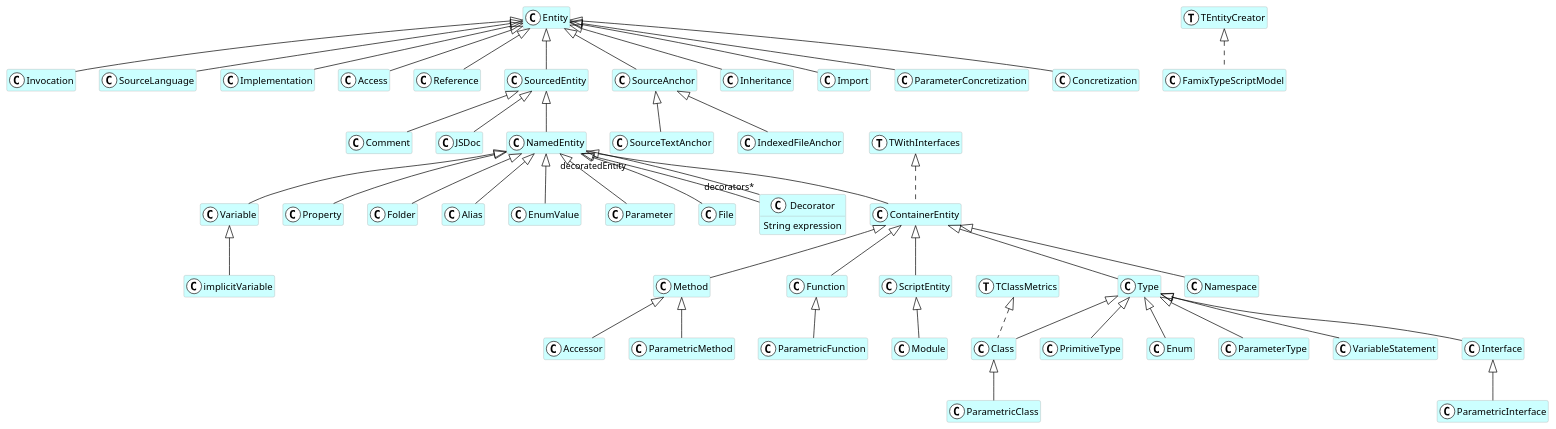
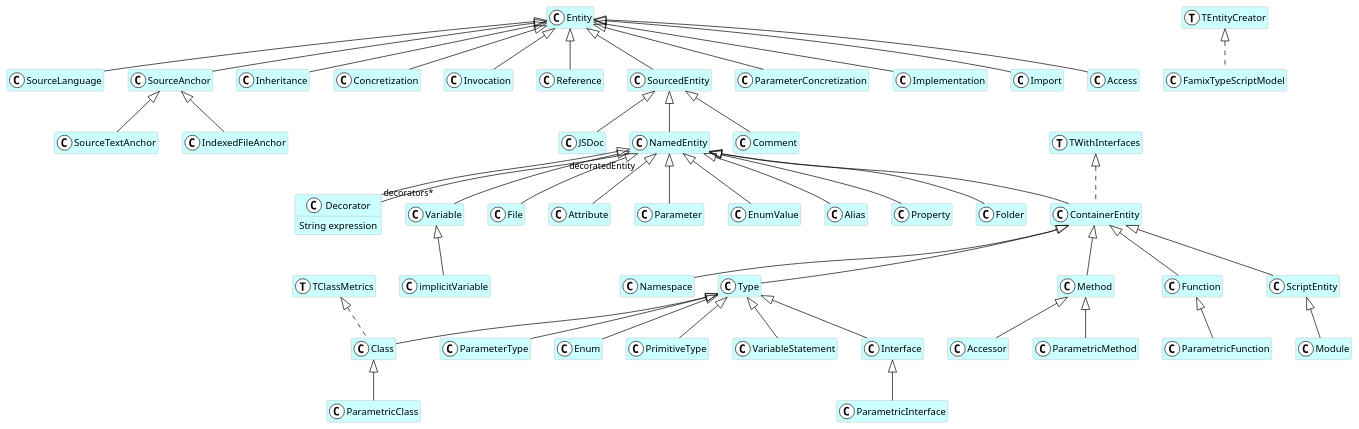
Before and after one commit to fuhrmanator/FamixTypeScript: the diagram in doc-uml/FamixTypeScript.puml, drawn with PlantUML. The commit also changed 3 other files, not shown here.

```diff
--- a/doc-uml/FamixTypeScript.puml
+++ b/doc-uml/FamixTypeScript.puml
@@ -1,152 +1,155 @@
 @startuml
 hide empty members
 skinparam class {
   BackgroundColor white
   ArrowColor black
   BorderColor darkGray
 }
+class Namespace <<(C,white)>> #CCFFFF {
+}
 class SourceTextAnchor <<(C,white)>> #CCFFFF {
 }
-class PrimitiveType <<(C,white)>> #CCFFFF {
-}
-class Accessor <<(C,white)>> #CCFFFF {
-}
-class Type <<(C,white)>> #CCFFFF {
-}
-class IndexedFileAnchor <<(C,white)>> #CCFFFF {
-}
-class Entity <<(C,white)>> #CCFFFF {
-}
-class Invocation <<(C,white)>> #CCFFFF {
-}
-class TClassMetrics <<(T,white)>> #CCFFFF {
-}
-class Enum <<(C,white)>> #CCFFFF {
-}
-class Variable <<(C,white)>> #CCFFFF {
-}
-class ParametricInterface <<(C,white)>> #CCFFFF {
-}
-class Property <<(C,white)>> #CCFFFF {
-}
-class ParametricClass <<(C,white)>> #CCFFFF {
-}
-class Namespace <<(C,white)>> #CCFFFF {
-}
-class Method <<(C,white)>> #CCFFFF {
-}
-class ContainerEntity <<(C,white)>> #CCFFFF {
-}
-class Comment <<(C,white)>> #CCFFFF {
-}
-class FamixTypeScriptModel <<(C,white)>> #CCFFFF {
-}
-class Folder <<(C,white)>> #CCFFFF {
-}
-class ParameterType <<(C,white)>> #CCFFFF {
-}
-class TEntityCreator <<(T,white)>> #CCFFFF {
-}
-class SourceLanguage <<(C,white)>> #CCFFFF {
-}
-class Implementation <<(C,white)>> #CCFFFF {
-}
-class ParametricFunction <<(C,white)>> #CCFFFF {
-}
-class Access <<(C,white)>> #CCFFFF {
-}
-class Alias <<(C,white)>> #CCFFFF {
-}
-class TWithInterfaces <<(T,white)>> #CCFFFF {
-}
-class ParametricMethod <<(C,white)>> #CCFFFF {
-}
 class Class <<(C,white)>> #CCFFFF {
-}
-class implicitVariable <<(C,white)>> #CCFFFF {
-}
-class Reference <<(C,white)>> #CCFFFF {
-}
-class Function <<(C,white)>> #CCFFFF {
-}
-class SourcedEntity <<(C,white)>> #CCFFFF {
-}
-class ScriptEntity <<(C,white)>> #CCFFFF {
 }
 class Decorator <<(C,white)>> #CCFFFF {
   String expression
 }
+class ParameterType <<(C,white)>> #CCFFFF {
+}
+class Variable <<(C,white)>> #CCFFFF {
+}
+class File <<(C,white)>> #CCFFFF {
+}
+class JSDoc <<(C,white)>> #CCFFFF {
+}
+class ParametricInterface <<(C,white)>> #CCFFFF {
+}
+class ParametricFunction <<(C,white)>> #CCFFFF {
+}
+class SourceLanguage <<(C,white)>> #CCFFFF {
+}
+class Attribute <<(C,white)>> #CCFFFF {
+}
+class Type <<(C,white)>> #CCFFFF {
+}
 class SourceAnchor <<(C,white)>> #CCFFFF {
+}
+class Inheritance <<(C,white)>> #CCFFFF {
+}
+class Entity <<(C,white)>> #CCFFFF {
+}
+class IndexedFileAnchor <<(C,white)>> #CCFFFF {
+}
+class Concretization <<(C,white)>> #CCFFFF {
 }
 class Module <<(C,white)>> #CCFFFF {
 }
-class EnumValue <<(C,white)>> #CCFFFF {
+class NamedEntity <<(C,white)>> #CCFFFF {
 }
-class Inheritance <<(C,white)>> #CCFFFF {
+class ContainerEntity <<(C,white)>> #CCFFFF {
 }
-class JSDoc <<(C,white)>> #CCFFFF {
+class Accessor <<(C,white)>> #CCFFFF {
+}
+class Invocation <<(C,white)>> #CCFFFF {
+}
+class Reference <<(C,white)>> #CCFFFF {
+}
+class Parameter <<(C,white)>> #CCFFFF {
+}
+class SourcedEntity <<(C,white)>> #CCFFFF {
+}
+class ParameterConcretization <<(C,white)>> #CCFFFF {
+}
+class Implementation <<(C,white)>> #CCFFFF {
+}
+class TEntityCreator <<(T,white)>> #CCFFFF {
+}
+class FamixTypeScriptModel <<(C,white)>> #CCFFFF {
 }
 class Import <<(C,white)>> #CCFFFF {
 }
-class ParameterConcretization <<(C,white)>> #CCFFFF {
+class TClassMetrics <<(T,white)>> #CCFFFF {
 }
-class Parameter <<(C,white)>> #CCFFFF {
+class EnumValue <<(C,white)>> #CCFFFF {
+}
+class Access <<(C,white)>> #CCFFFF {
+}
+class Method <<(C,white)>> #CCFFFF {
+}
+class Enum <<(C,white)>> #CCFFFF {
+}
+class Function <<(C,white)>> #CCFFFF {
+}
+class Alias <<(C,white)>> #CCFFFF {
+}
+class Comment <<(C,white)>> #CCFFFF {
+}
+class PrimitiveType <<(C,white)>> #CCFFFF {
+}
+class TWithInterfaces <<(T,white)>> #CCFFFF {
+}
+class ParametricClass <<(C,white)>> #CCFFFF {
+}
+class implicitVariable <<(C,white)>> #CCFFFF {
+}
+class ParametricMethod <<(C,white)>> #CCFFFF {
+}
+class Property <<(C,white)>> #CCFFFF {
 }
 class VariableStatement <<(C,white)>> #CCFFFF {
 }
-class NamedEntity <<(C,white)>> #CCFFFF {
+class Folder <<(C,white)>> #CCFFFF {
 }
-class Concretization <<(C,white)>> #CCFFFF {
+class ScriptEntity <<(C,white)>> #CCFFFF {
 }
 class Interface <<(C,white)>> #CCFFFF {
 }
-class File <<(C,white)>> #CCFFFF {
-}
 SourceAnchor <|-- SourceTextAnchor
+ContainerEntity <|-- Namespace
+NamedEntity <|-- Decorator
+NamedEntity <|-- Variable
+Type <|-- ParameterType
+Type <|-- Class
+NamedEntity <|-- File
+Interface <|-- ParametricInterface
+SourcedEntity <|-- JSDoc
+Function <|-- ParametricFunction
+Entity <|-- SourceLanguage
+NamedEntity <|-- Attribute
+ContainerEntity <|-- Type
+Entity <|-- SourceAnchor
+Entity <|-- Inheritance
+SourceAnchor <|-- IndexedFileAnchor
+Entity <|-- Concretization
+ScriptEntity <|-- Module
+SourcedEntity <|-- NamedEntity
+NamedEntity <|-- ContainerEntity
+Method <|-- Accessor
+Entity <|-- Invocation
+Entity <|-- Reference
+NamedEntity <|-- Parameter
+Entity <|-- SourcedEntity
+Entity <|-- ParameterConcretization
+Entity <|-- Implementation
+Entity <|-- Import
+NamedEntity <|-- EnumValue
+Entity <|-- Access
+ContainerEntity <|-- Method
+Type <|-- Enum
+ContainerEntity <|-- Function
+NamedEntity <|-- Alias
+SourcedEntity <|-- Comment
 Type <|-- PrimitiveType
-Method <|-- Accessor
-ContainerEntity <|-- Type
-SourceAnchor <|-- IndexedFileAnchor
-Entity <|-- Invocation
-Type <|-- Enum
-NamedEntity <|-- Variable
-Interface <|-- ParametricInterface
+Class <|-- ParametricClass
+Variable <|-- implicitVariable
+Method <|-- ParametricMethod
 NamedEntity <|-- Property
-Class <|-- ParametricClass
-ContainerEntity <|-- Method
-ContainerEntity <|-- Namespace
-NamedEntity <|-- ContainerEntity
-SourcedEntity <|-- Comment
+Type <|-- VariableStatement
 NamedEntity <|-- Folder
-Type <|-- ParameterType
-Entity <|-- SourceLanguage
-Entity <|-- Implementation
-Function <|-- ParametricFunction
-Entity <|-- Access
-NamedEntity <|-- Alias
-Method <|-- ParametricMethod
-Type <|-- Class
-Variable <|-- implicitVariable
-Entity <|-- Reference
-ContainerEntity <|-- Function
-Entity <|-- SourcedEntity
 ContainerEntity <|-- ScriptEntity
-NamedEntity <|-- Decorator
-Entity <|-- SourceAnchor
-ScriptEntity <|-- Module
-NamedEntity <|-- EnumValue
-Entity <|-- Inheritance
-SourcedEntity <|-- JSDoc
-Entity <|-- Import
-Entity <|-- ParameterConcretization
-NamedEntity <|-- Parameter
-Type <|-- VariableStatement
-SourcedEntity <|-- NamedEntity
-Entity <|-- Concretization
 Type <|-- Interface
-NamedEntity <|-- File
+TClassMetrics <|.. Class
 TWithInterfaces <|.. ContainerEntity
 TEntityCreator <|.. FamixTypeScriptModel
-TClassMetrics <|.. Class
 Decorator "decorators*" -- "decoratedEntity" NamedEntity
 @enduml
```
